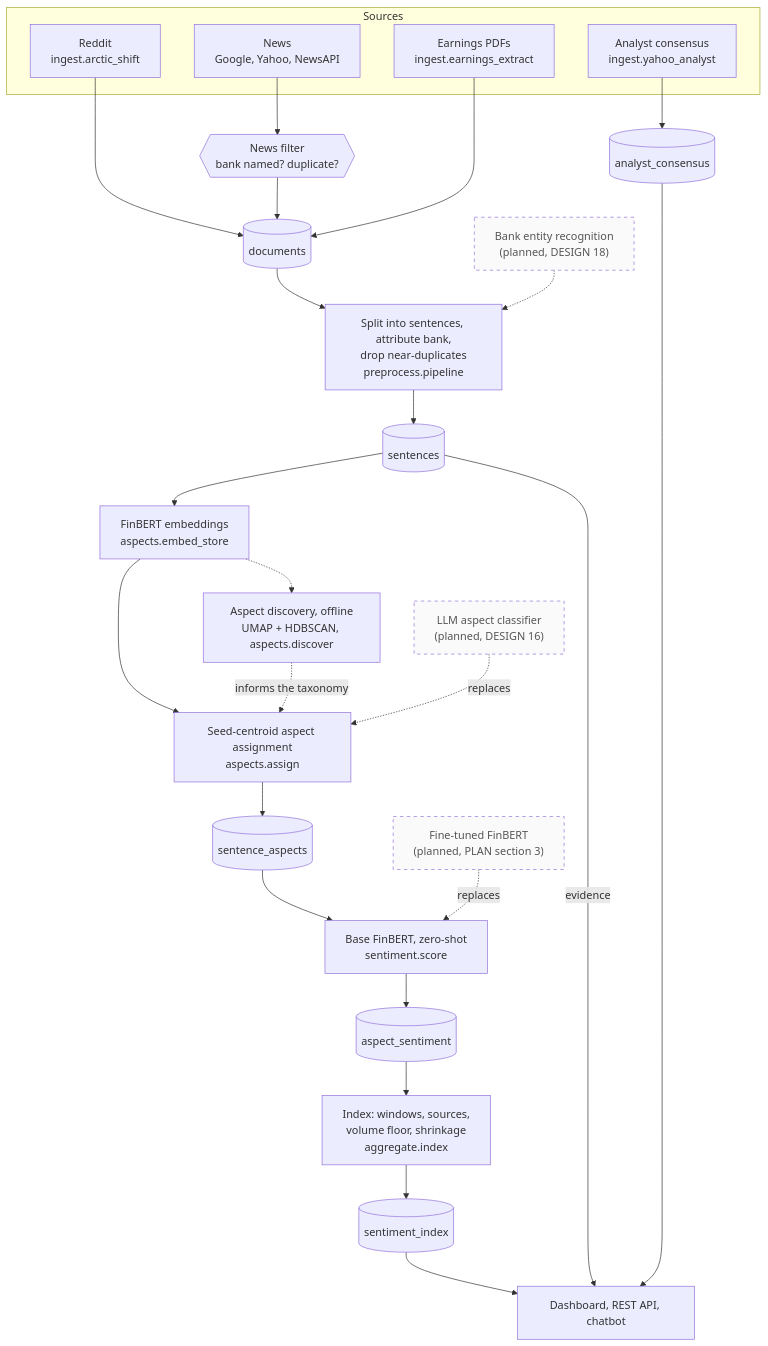
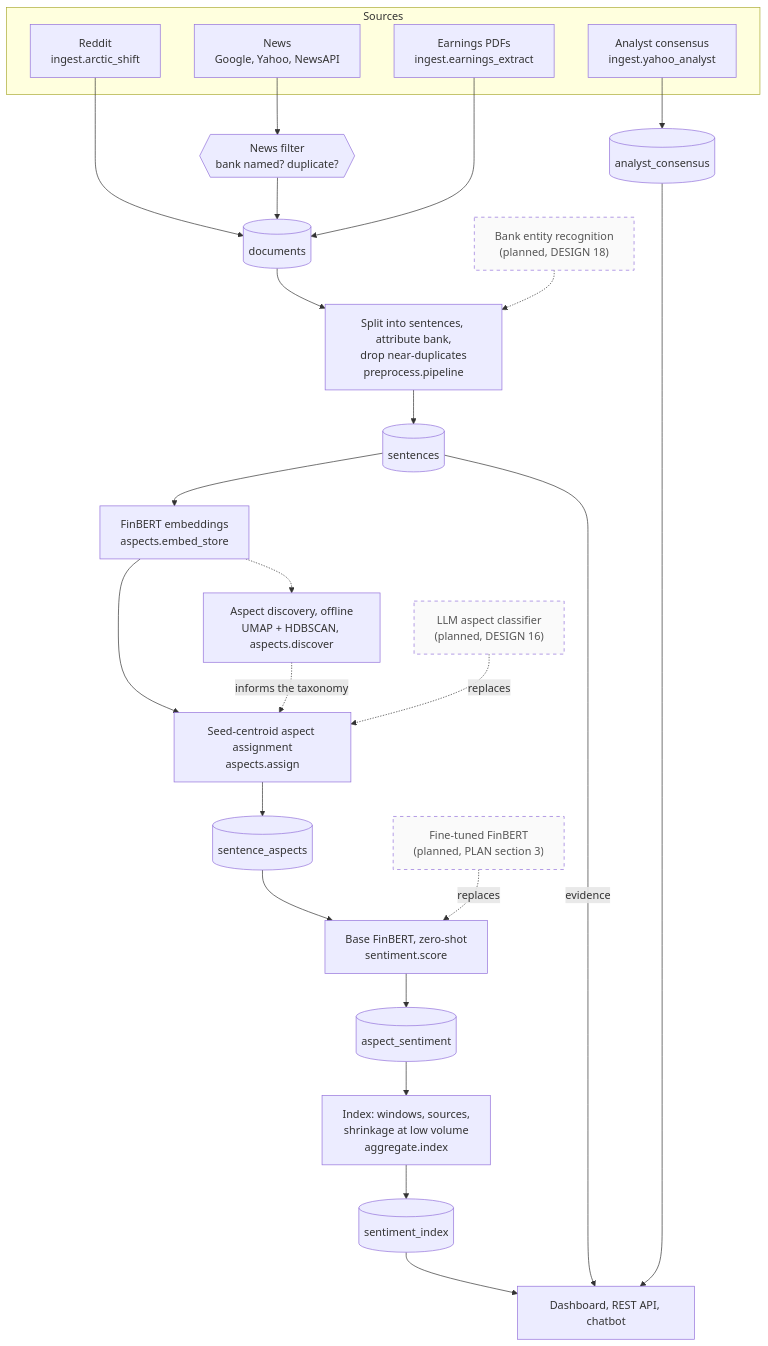
The diagram in docs/diagrams/04-pipeline.md (Gavingyh/plp-project), drawn with Mermaid before and after one commit. The commit also changed 11 other files, not shown here.

First line of the commit message:
Add news-filter and index-computation diagrams

````diff
--- a/docs/diagrams/04-pipeline.md
+++ b/docs/diagrams/04-pipeline.md
@@ -7,50 +7,50 @@
 ```mermaid
 flowchart TB
   accTitle: Processing pipeline
   accDescr: Sources are ingested into documents, split into sentences, embedded, tagged with aspects, scored and aggregated into an index that the dashboard, API and chatbot read. Planned replacements are dashed.
 
   subgraph src["Sources"]
     reddit["Reddit<br/>ingest.arctic_shift"]
     news["News<br/>Google, Yahoo, NewsAPI"]
     pdfs["Earnings PDFs<br/>ingest.earnings_extract"]
     cons["Analyst consensus<br/>ingest.yahoo_analyst"]
   end
 
   filt{{"News filter<br/>bank named? duplicate?"}}
   docs[("documents")]
   acons[("analyst_consensus")]
   prep["Split into sentences, attribute bank,<br/>drop near-duplicates<br/>preprocess.pipeline"]
   ner["Bank entity recognition<br/>(planned, DESIGN 18)"]
   sents[("sentences")]
   emb["FinBERT embeddings<br/>aspects.embed_store"]
   disc["Aspect discovery, offline<br/>UMAP + HDBSCAN, aspects.discover"]
   assign["Seed-centroid aspect assignment<br/>aspects.assign"]
   llm["LLM aspect classifier<br/>(planned, DESIGN 16)"]
   sa[("sentence_aspects")]
   score["Base FinBERT, zero-shot<br/>sentiment.score"]
   ft["Fine-tuned FinBERT<br/>(planned, PLAN section 3)"]
   as[("aspect_sentiment")]
-  agg["Index: windows, sources,<br/>volume floor, shrinkage<br/>aggregate.index"]
+  agg["Index: windows, sources,<br/>shrinkage at low volume<br/>aggregate.index"]
   idx[("sentiment_index")]
   ui["Dashboard, REST API, chatbot"]
 
   reddit --> docs
   news --> filt --> docs
   pdfs --> docs
   cons --> acons
   docs --> prep --> sents
   ner -.-> prep
   sents --> emb --> assign --> sa
   emb -.-> disc
   disc -. "informs the taxonomy" .-> assign
   llm -. "replaces" .-> assign
   sa --> score --> as
   ft -. "replaces" .-> score
   as --> agg --> idx
   idx --> ui
   sents -- "evidence" --> ui
   acons --> ui
 
   classDef planned stroke-dasharray: 5 5,color:#555,fill:#fafafa;
   class ner,llm,ft planned;
 ```
````
